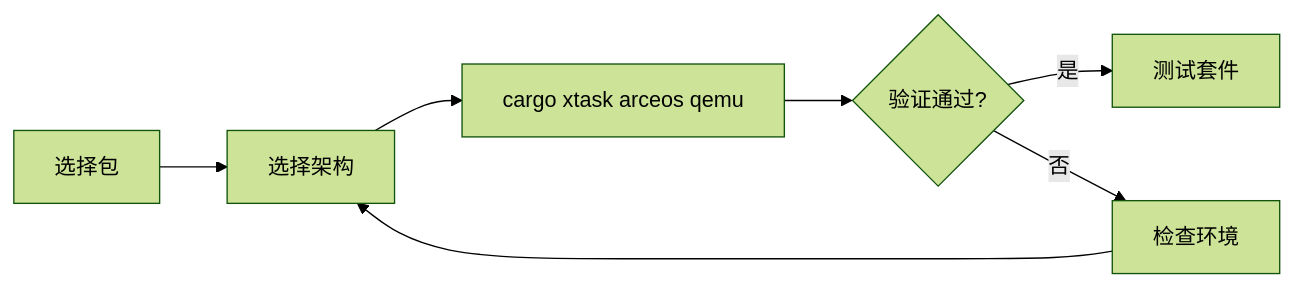
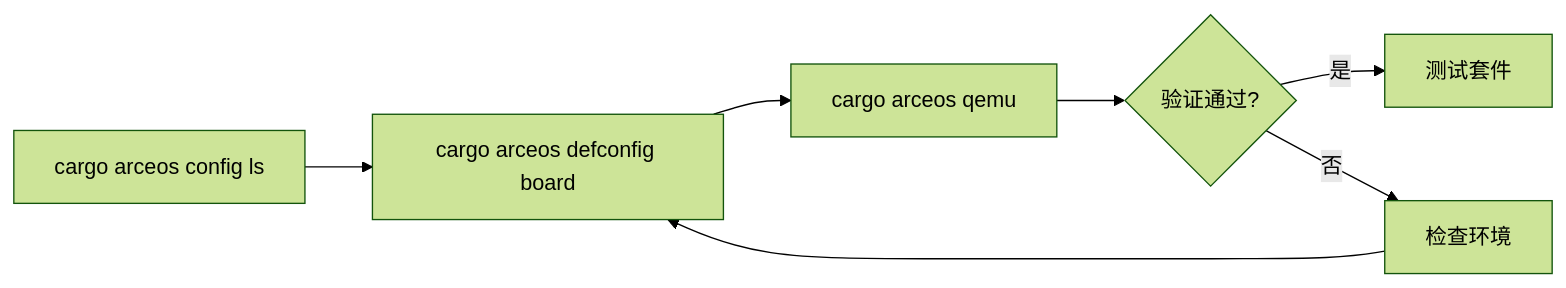
One commit to rcore-os/tgoskits changed the diagram in docs/docs/quickstart/arceos.md. Above: the diagram before and after it, drawn with Mermaid (forest theme). The commit also changed other lines of this file and 8 other files, not shown here.

````diff
--- a/docs/docs/quickstart/arceos.md
+++ b/docs/docs/quickstart/arceos.md
@@ -11,9 +11,9 @@
 ```mermaid
 flowchart LR
-  A[选择包] --> B[选择架构]
-  B --> C[cargo xtask arceos qemu]
+  A[cargo arceos config ls] --> B[cargo arceos defconfig board]
+  B --> C[cargo arceos qemu]
   C --> D{验证通过?}
   D -- 是 --> E[测试套件]
   D -- 否 --> F[检查环境]
   F --> B
 ```
````
